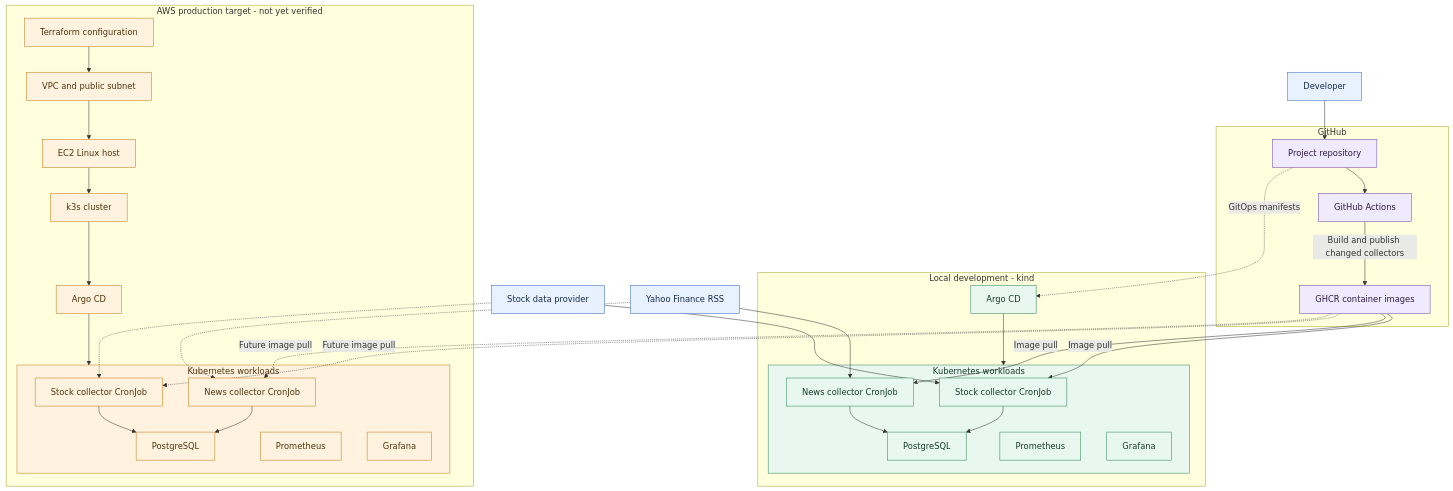
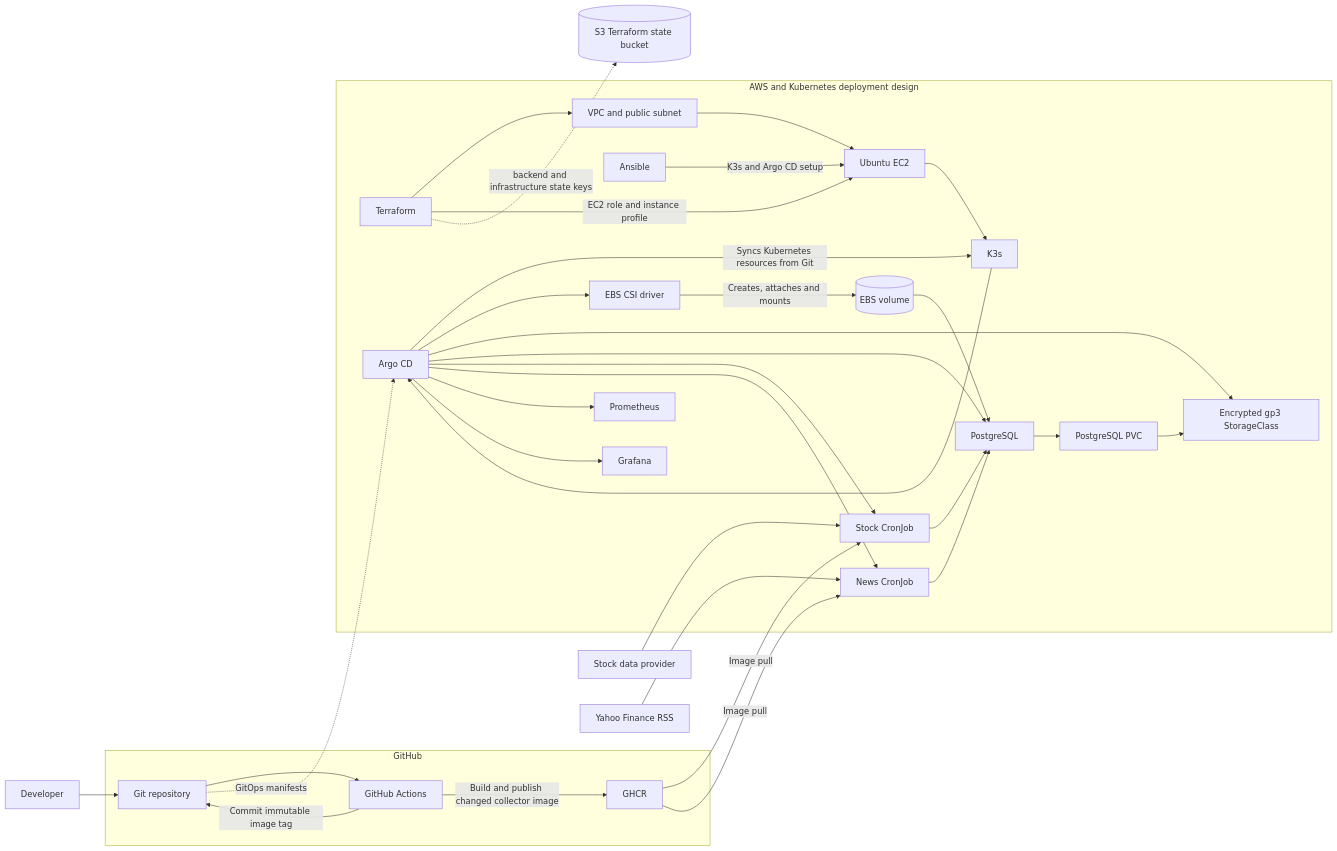
Before and after one commit to dandapss/DevOps_Event_Intelligence_Platform: the diagram in README.md, drawn with Mermaid. The commit also changed other lines of this file and 16 other files, not shown here.

````diff
--- a/README.md
+++ b/README.md
@@ -7,64 +19,58 @@
-```mermaid
-flowchart TB
-  Dev[Developer] --> Repo
+~~~mermaid
+flowchart LR
+  Developer[Developer] --> GitHubRepo
 
-  subgraph GitHub[GitHub]
-    Repo[Project repository]
+  subgraph GitHub["GitHub"]
+    GitHubRepo[Git repository]
     Actions[GitHub Actions]
-    GHCR[GHCR container images]
-    Repo --> Actions
-    Actions -->|Build and publish changed collectors| GHCR
+    GHCR[GHCR]
+    GitHubRepo --> Actions
+    Actions -->|Build and publish changed collector image| GHCR
+    Actions -->|Commit immutable image tag| GitHubRepo
   end
 
-  subgraph Local[Local development - kind]
-    ArgoLocal[Argo CD]
-    subgraph LocalCluster[Kubernetes workloads]
-      LStock[Stock collector CronJob]
-      LNews[News collector CronJob]
-      LDB[PostgreSQL]
-      LProm[Prometheus]
-      LGraf[Grafana]
-    end
-    ArgoLocal --> LocalCluster
-    LStock --> LDB
-    LNews --> LDB
+  subgraph AWS["AWS and Kubernetes deployment design"]
+    Terraform[Terraform]
+    VPC[VPC and public subnet]
+    EC2[Ubuntu EC2]
+    HostSetup[Ansible]
+    K3s[K3s]
+    ArgoCD[Argo CD]
+    EBSCSI[EBS CSI driver]
+    StorageClass[Encrypted gp3 StorageClass]
+    PostgreSQL[PostgreSQL]
+    PVC[PostgreSQL PVC]
+    EBS[(EBS volume)]
+    StockJob[Stock CronJob]
+    NewsJob[News CronJob]
+    Prometheus[Prometheus]
+    Grafana[Grafana]
+
+    Terraform --> VPC --> EC2
+    Terraform -->|EC2 role and instance profile| EC2
+    HostSetup -->|K3s and Argo CD setup| EC2
+    EC2 --> K3s --> ArgoCD
+    ArgoCD -->|Syncs Kubernetes resources from Git| K3s
+    ArgoCD --> EBSCSI
+    ArgoCD --> StorageClass
+    ArgoCD --> PostgreSQL
+    PostgreSQL --> PVC --> StorageClass
+    EBSCSI -->|Creates, attaches and mounts| EBS
+    EBS --> PostgreSQL
+    ArgoCD --> StockJob
+    ArgoCD --> NewsJob
+    ArgoCD --> Prometheus
+    ArgoCD --> Grafana
+    GHCR -->|Image pull| StockJob
+    GHCR -->|Image pull| NewsJob
   end
 
-  Repo -. GitOps manifests .-> ArgoLocal
-  GHCR -->|Image pull| LStock
-  GHCR -->|Image pull| LNews
-  StockAPI[Stock data provider] --> LStock
-  NewsRSS[Yahoo Finance RSS] --> LNews
+  GitHubRepo -.->|GitOps manifests| ArgoCD
+  StockAPI[Stock data provider] --> StockJob
+  YahooRSS[Yahoo Finance RSS] --> NewsJob
+  StockJob --> PostgreSQL
+  NewsJob --> PostgreSQL
 
-  subgraph AWS[AWS production target - not yet verified]
-    TF[Terraform configuration]
-    VPC[VPC and public subnet]
-    EC2[EC2 Linux host]
-    K3s[k3s cluster]
-    ArgoAWS[Argo CD]
-    subgraph AWSCluster[Kubernetes workloads]
-      PStock[Stock collector CronJob]
-      PNews[News collector CronJob]
-      PDB[PostgreSQL]
-      PProm[Prometheus]
-      PGraf[Grafana]
-    end
-    TF --> VPC --> EC2 --> K3s --> ArgoAWS --> AWSCluster
-    PStock --> PDB
-    PNews --> PDB
-  end
-
-  GHCR -. Future image pull .-> PStock
-  GHCR -. Future image pull .-> PNews
-  StockAPI -.-> PStock
-  NewsRSS -.-> PNews
-
-  classDef source fill:#e8f1ff,stroke:#356ac3,color:#172b4d
-  classDef github fill:#f0eaff,stroke:#7048a8,color:#2d1b45
-  classDef local fill:#e8f7ef,stroke:#31845b,color:#163c2b
-  classDef target fill:#fff3df,stroke:#c17a16,color:#50330d
-  class Dev,StockAPI,NewsRSS source
-  class Repo,Actions,GHCR github
-  class ArgoLocal,LocalCluster,LStock,LNews,LDB,LProm,LGraf local
-  class TF,VPC,EC2,K3s,ArgoAWS,AWSCluster,PStock,PNews,PDB,PProm,PGraf target
-```
+  S3[(S3 Terraform state bucket)]
+  Terraform -.->|backend and infrastructure state keys| S3
+~~~
````
